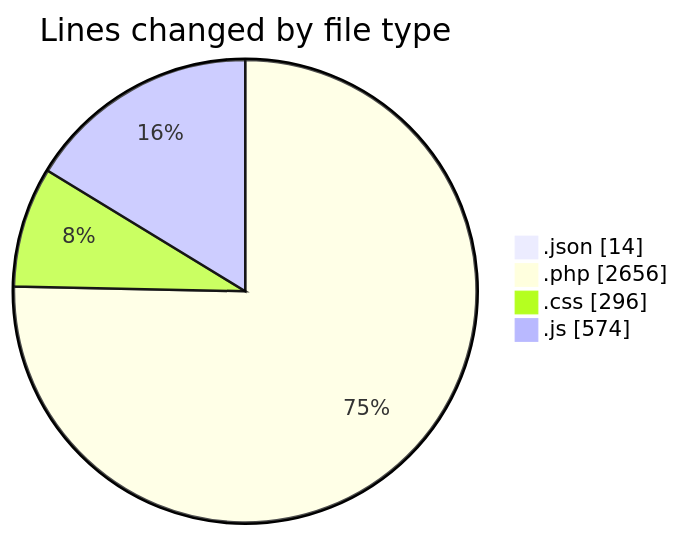
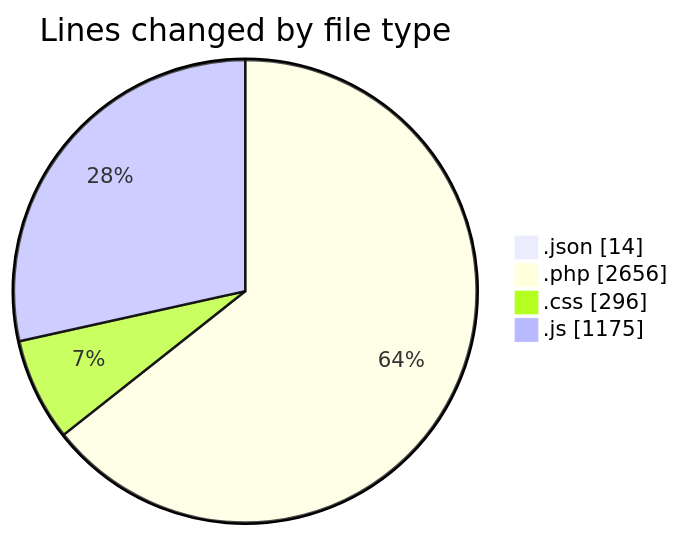
Before and after one commit to debugP/code-tracking: the first of 2 diagrams in 2026-07-31/untitled__workspace_/README.md, drawn with Mermaid. The commit also changed other lines of this file and 1 other file, not shown here.

````diff
--- a/2026-07-31/untitled__workspace_/README.md
+++ b/2026-07-31/untitled__workspace_/README.md
@@ -24,8 +25,8 @@
 ```mermaid
 pie showData
 title Lines changed by file type
 ".json" : 14
 ".php" : 2656
 ".css" : 296
-".js" : 574
+".js" : 1175
 ```
````
